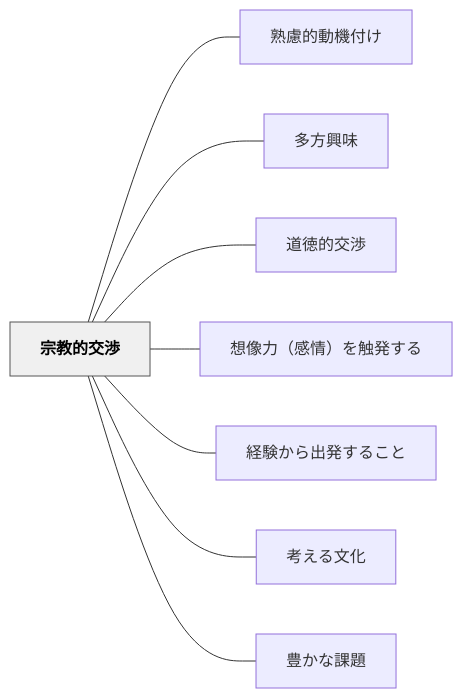
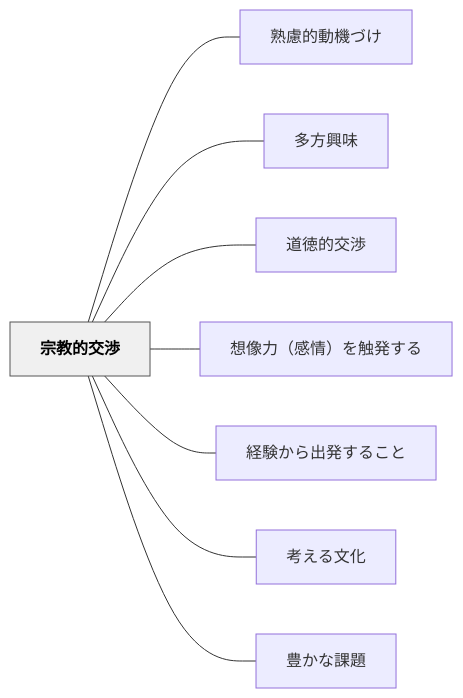
Before and after one commit to unknownthings-ed-patterns/unknownthings-ed-patterns: the diagram in content/パタン/宗教的交渉.md, drawn with Mermaid. The commit also changed other lines of this file and 234 other files, not shown here.

````diff
--- a/content/パタン/宗教的交渉.md
+++ b/content/パタン/宗教的交渉.md
@@ -38,22 +38,22 @@
 ```mermaid
 flowchart LR
     ne5ae97e69599e79a84e4baa4e6b889["宗教的交渉"]
-    ne7869fe685aee79a84e58b95e6a99fe4bb98e38191["熟慮的動機付け"]
+    ne7869fe685aee79a84e58b95e6a99fe381a5e38191["熟慮的動機づけ"]
     ne5a49ae696b9e88888e591b3["多方興味"]
     ne98193e5beb3e79a84e4baa4e6b889["道徳的交渉"]
     ne683b3e5838fe58a9befbc88e6849fe68385efbc89e38292e8a7a6e799bae38199e3828b["想像力（感情）を触発する"]
     ne7b58ce9a893e3818be38289e587bae799bae38199e3828be38193e381a8["経験から出発すること"]
     ne88083e38188e3828be69687e58c96["考える文化"]
     ne8b18ae3818be381aae8aab2e9a18c["豊かな課題"]
 
-    ne5ae97e69599e79a84e4baa4e6b889 --- ne7869fe685aee79a84e58b95e6a99fe4bb98e38191
+    ne5ae97e69599e79a84e4baa4e6b889 --- ne7869fe685aee79a84e58b95e6a99fe381a5e38191
     ne5ae97e69599e79a84e4baa4e6b889 --- ne5a49ae696b9e88888e591b3
     ne5ae97e69599e79a84e4baa4e6b889 --- ne98193e5beb3e79a84e4baa4e6b889
     ne5ae97e69599e79a84e4baa4e6b889 --- ne683b3e5838fe58a9befbc88e6849fe68385efbc89e38292e8a7a6e799bae38199e3828b
     ne5ae97e69599e79a84e4baa4e6b889 --- ne7b58ce9a893e3818be38289e587bae799bae38199e3828be38193e381a8
     ne5ae97e69599e79a84e4baa4e6b889 --- ne88083e38188e3828be69687e58c96
     ne5ae97e69599e79a84e4baa4e6b889 --- ne8b18ae3818be381aae8aab2e9a18c
 
     classDef hub fill:#f0f0f0,stroke:#555,color:#000,font-weight:bold
     class ne5ae97e69599e79a84e4baa4e6b889 hub
 ```
````
